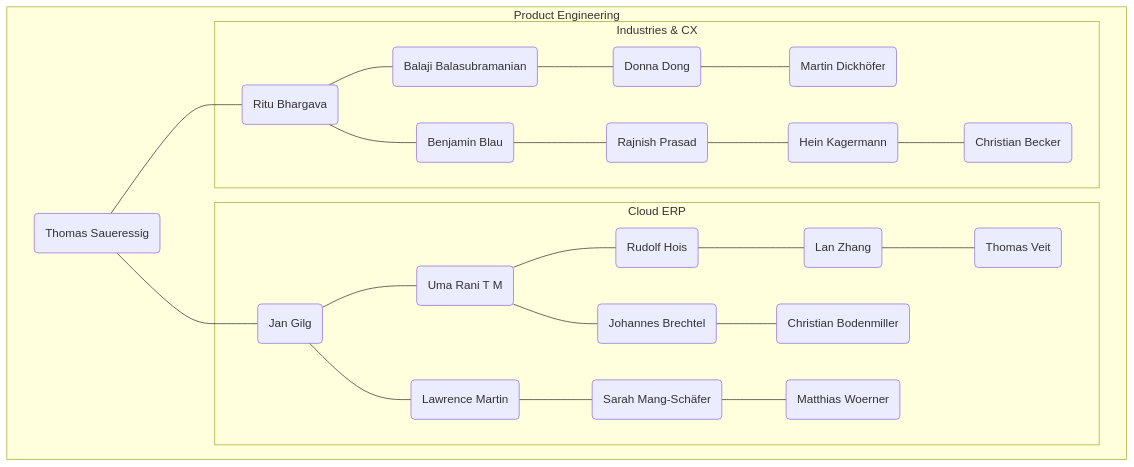
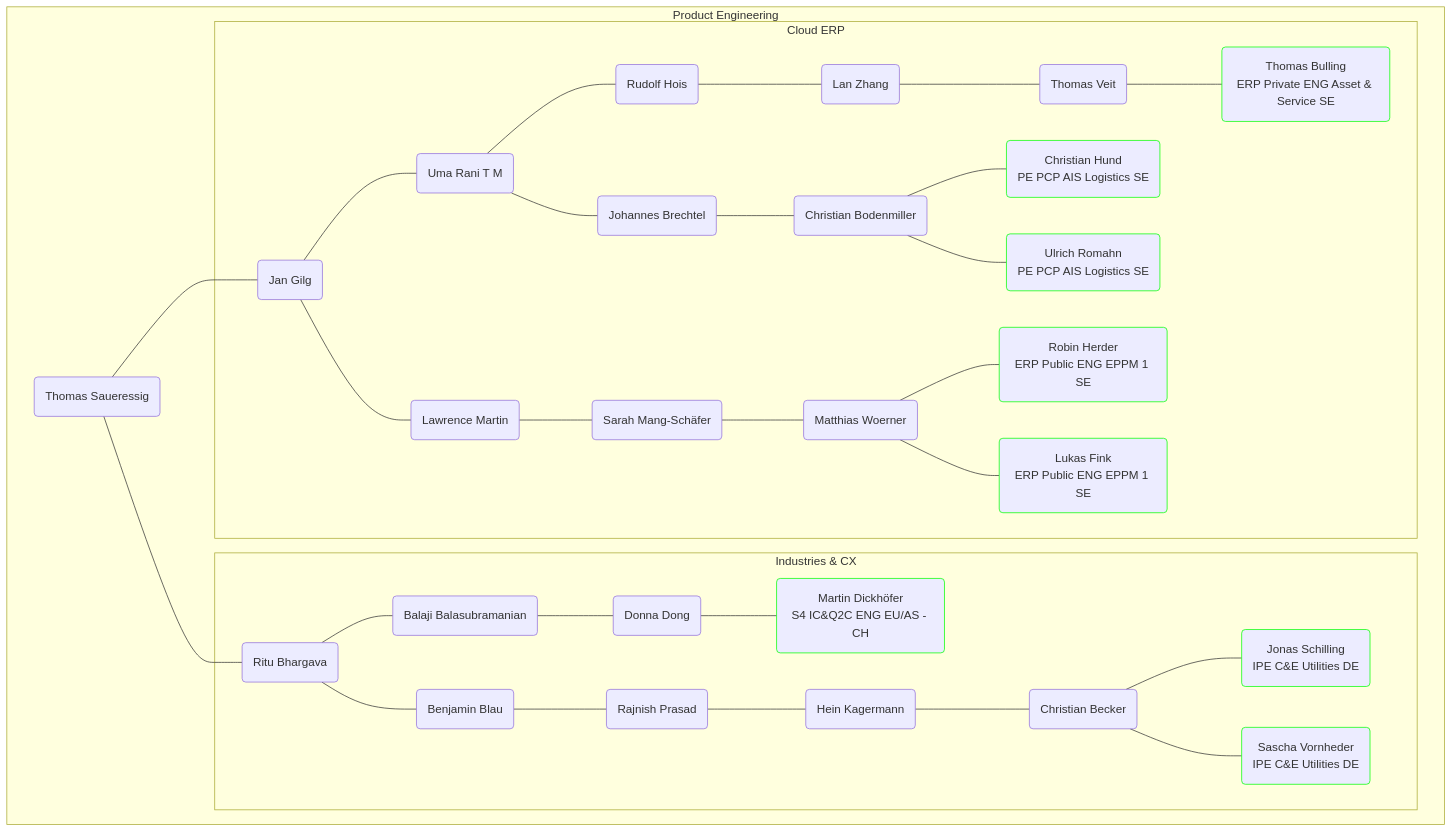
One commit to appenmaier/vt_markdorf changed the second of 3 diagrams in contacts.md. Above: the diagram before and after it, drawn with Mermaid. The commit also changed other lines of this file, not shown here.

````diff
--- a/contacts.md
+++ b/contacts.md
@@ -34,49 +43,72 @@
 ```mermaid
 flowchart TD
     ts --- jg
     ts --- rb
     jg --- ur
     jg --- lm
-    ur --- rh
+    ur --- rh2
     ur --- jb
-    rh --- lz
+    rh2 --- lz
     lz --- tv
     jb --- cb
     lm --- sm
     sm --- mw
     rb --- bb
     rb --- bb2
     bb --- dd
     dd --- md
     bb2 --- rp
     rp --- hk
     hk --- cb2
+    tv --- tb
+    mw --- rh
+    mw --- lf
+    cb2 --- js
+    cb2 --- sv    
+    cb --- ch
+    cb --- ur2    
 
     subgraph Product Engineering
         ts(Thomas Saueressig)
 
         subgraph Cloud ERP
+            lf(Lukas Fink\nERP Public ENG EPPM 1 SE)
+            tb(Thomas Bulling\nERP Private ENG Asset & Service SE)
+            rh(Robin Herder\nERP Public ENG EPPM 1 SE)
             tv(Thomas Veit)
             lz(Lan Zhang)
-            rh(Rudolf Hois)    
+            rh2(Rudolf Hois)    
             ur(Uma Rani T M)
             jg(Jan Gilg)        
             cb(Christian Bodenmiller)
             jb(Johannes Brechtel)
             mw(Matthias Woerner)
             sm(Sarah Mang-Schäfer)
             lm(Lawrence Martin)
+            ch(Christian Hund\nPE PCP AIS Logistics SE)
+            ur2(Ulrich Romahn\nPE PCP AIS Logistics SE)            
         end
 
         subgraph Industries & CX
-            md(Martin Dickhöfer)
+            md(Martin Dickhöfer\nS4 IC&Q2C ENG EU/AS - CH)
             dd(Donna Dong)
             bb(Balaji Balasubramanian)
             rb(Ritu Bhargava)
             cb2(Christian Becker)
             hk(Hein Kagermann)
             rp(Rajnish Prasad)
             bb2(Benjamin Blau)
+            js(Jonas Schilling\nIPE C&E Utilities DE)
+            sv(Sascha Vornheder\nIPE C&E Utilities DE)
         end
     end
+
+    style tb stroke:#0f0
+    style rh stroke:#0f0
+    style js stroke:#0f0
+    style md stroke:#0f0
+    style lf stroke:#0f0
+    style ch stroke:#0f0
+    style ur2 stroke:#0f0
+    style sv stroke:#0f0
 ```
````
